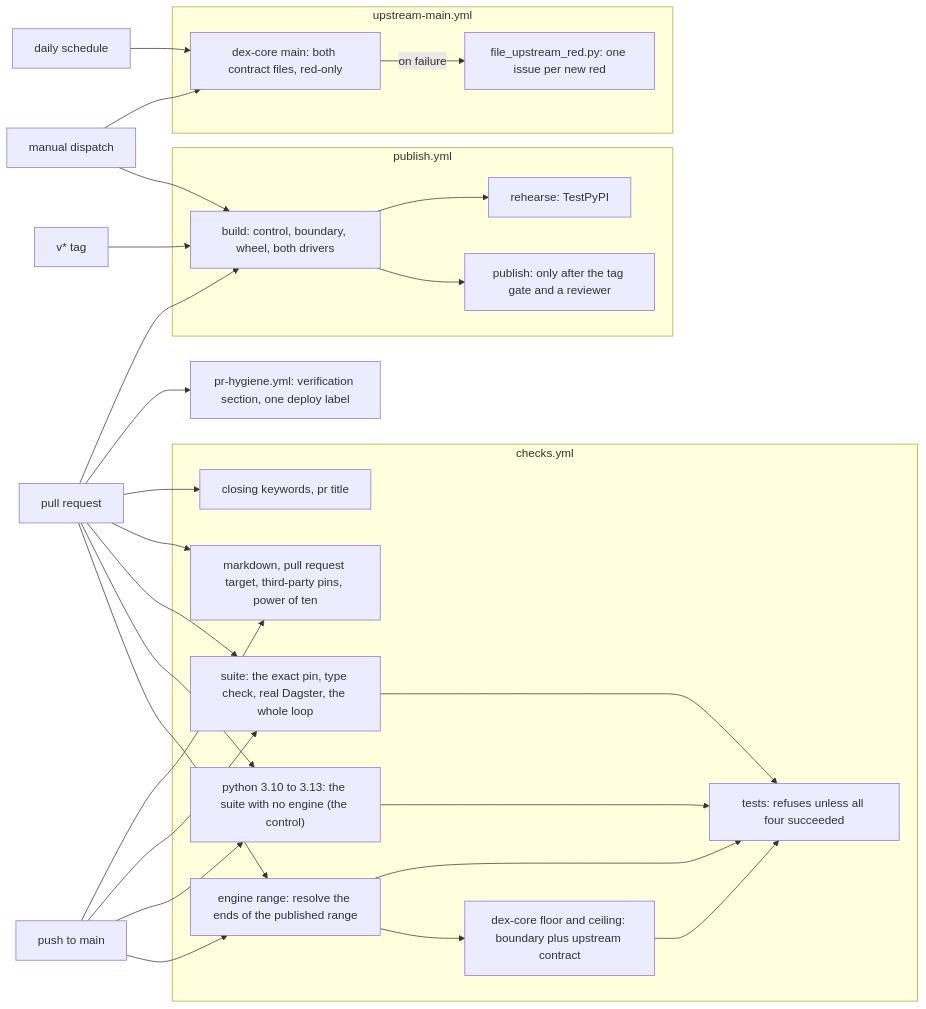
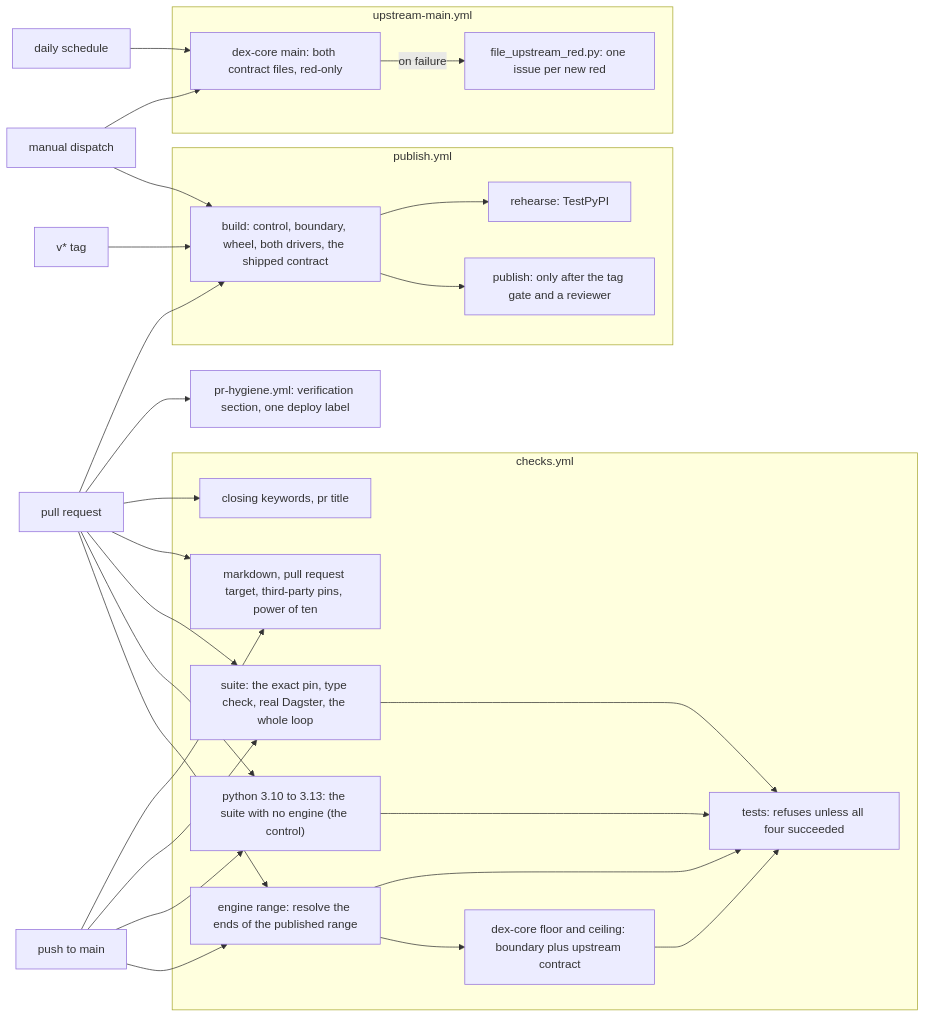
Before and after one commit to catincloud-labs/dagster-dex: the diagram in docs/design/verification.md, drawn with Mermaid. The commit also changed other lines of this file and 10 other files, not shown here.

````diff
--- a/docs/design/verification.md
+++ b/docs/design/verification.md
@@ -29,52 +32,52 @@
 ```mermaid
 flowchart LR
     PR["pull request"]
     MAIN["push to main"]
     TAG["v* tag"]
     CRON["daily schedule"]
     BYHAND["manual dispatch"]
 
     subgraph checks["checks.yml"]
         RANGE["engine range: resolve the ends of the published range"]
         ENDS["dex-core floor and ceiling: boundary plus upstream contract"]
         FLOOR["python 3.10 to 3.13: the suite with no engine (the control)"]
         SUITE["suite: the exact pin, type check, real Dagster, the whole loop"]
         TESTS["tests: refuses unless all four succeeded"]
         HYG["markdown, pull request target, third-party pins, power of ten"]
         HYGPR["closing keywords, pr title"]
     end
 
     subgraph publish["publish.yml"]
-        BUILD["build: control, boundary, wheel, both drivers"]
+        BUILD["build: control, boundary, wheel, both drivers, the shipped contract"]
         REL["publish: only after the tag gate and a reviewer"]
         REH["rehearse: TestPyPI"]
     end
 
     subgraph upstream["upstream-main.yml"]
         HEAD["dex-core main: both contract files, red-only"]
         FILE["file_upstream_red.py: one issue per new red"]
     end
 
     HPR["pr-hygiene.yml: verification section, one deploy label"]
 
     PR --> RANGE
     MAIN --> RANGE
     PR --> FLOOR
     MAIN --> FLOOR
     PR --> SUITE
     MAIN --> SUITE
     RANGE --> ENDS --> TESTS
     RANGE --> TESTS
     FLOOR --> TESTS
     SUITE --> TESTS
     PR --> HYG
     MAIN --> HYG
     PR --> HYGPR
     PR --> HPR
     PR --> BUILD
     TAG --> BUILD --> REL
     BYHAND --> BUILD --> REH
     CRON --> HEAD
     BYHAND --> HEAD
     HEAD -->|"on failure"| FILE
 ```
````
